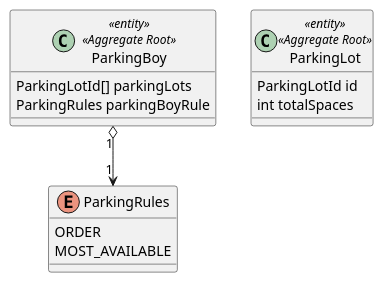
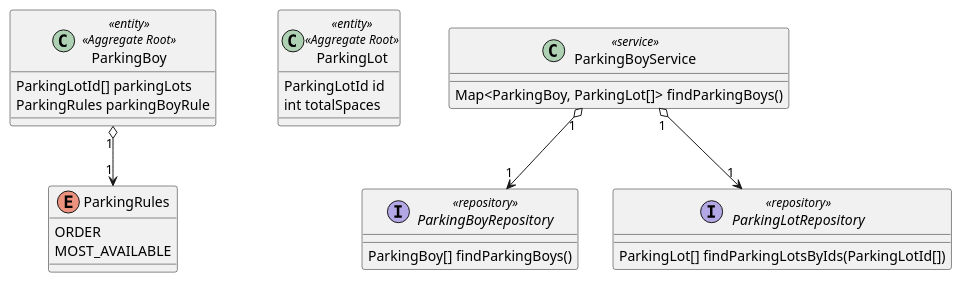
The second of 2 diagrams in design/class.puml (scglwsj/ddd-learning), drawn with PlantUML before and after one commit. The commit also changed other lines of this file and 35 other files, not shown here.

```diff
--- a/design/class.puml
+++ b/design/class.puml
@@ -74,18 +74,32 @@
 @startuml config context
 class ParkingBoy << entity >> << Aggregate Root >> {
   ParkingLotId[] parkingLots
   ParkingRules parkingBoyRule
 }
 
 class ParkingLot << entity >> << Aggregate Root >> {
   ParkingLotId id
   int totalSpaces
 }
 
 enum ParkingRules {
   ORDER
   MOST_AVAILABLE
 }
 
+class ParkingBoyService << service >> {
+  Map<ParkingBoy, ParkingLot[]> findParkingBoys()
+}
+
+interface ParkingBoyRepository << repository >> {
+  ParkingBoy[] findParkingBoys()
+}
+
+interface ParkingLotRepository << repository >> {
+  ParkingLot[] findParkingLotsByIds(ParkingLotId[])
+}
+
 ParkingBoy "1" o--> "1" ParkingRules
+ParkingBoyService "1" o--> "1" ParkingBoyRepository
+ParkingBoyService "1" o--> "1" ParkingLotRepository
 @enduml
```
